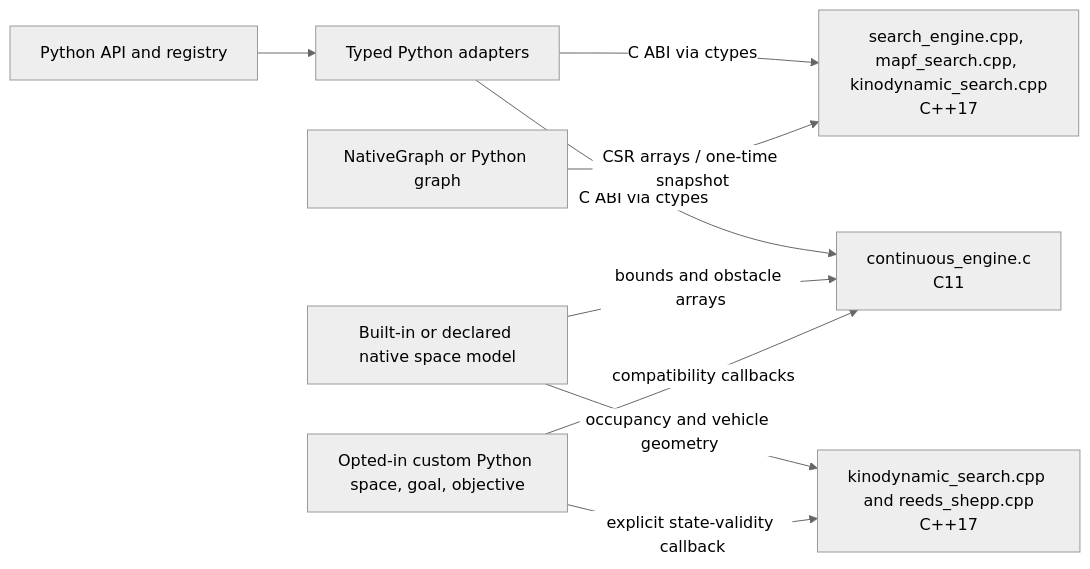
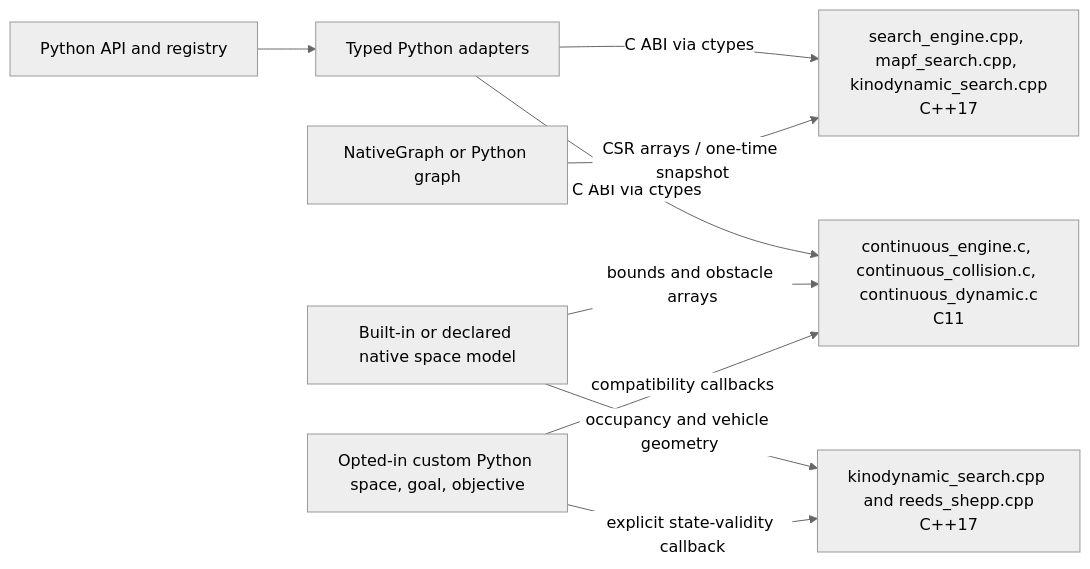
The diagram in docs/native_core.md (damminhtien/pathplanning), drawn with Mermaid (neutral theme) before and after one commit. The commit also changed other lines of this file and 17 other files, not shown here.

````diff
--- a/docs/native_core.md
+++ b/docs/native_core.md
@@ -10,11 +10,11 @@
 ```mermaid
 flowchart LR
     API[Python API and registry] --> ADAPTER[Typed Python adapters]
     ADAPTER -->|C ABI via ctypes| SEARCH[search_engine.cpp, mapf_search.cpp, kinodynamic_search.cpp<br/>C++17]
-    ADAPTER -->|C ABI via ctypes| CONTINUOUS[continuous_engine.c<br/>C11]
+    ADAPTER -->|C ABI via ctypes| CONTINUOUS[continuous_engine.c, continuous_collision.c, continuous_dynamic.c<br/>C11]
     GRAPH[NativeGraph or Python graph] -->|CSR arrays / one-time snapshot| SEARCH
     BUILTIN[Built-in or declared native space model] -->|bounds and obstacle arrays| CONTINUOUS
     BUILTIN -->|occupancy and vehicle geometry| KINODYNAMIC[kinodynamic_search.cpp and reeds_shepp.cpp<br/>C++17]
     CUSTOM[Opted-in custom Python space, goal, objective] -->|compatibility callbacks| CONTINUOUS
     CUSTOM -->|explicit state-validity callback| KINODYNAMIC
 ```
````
